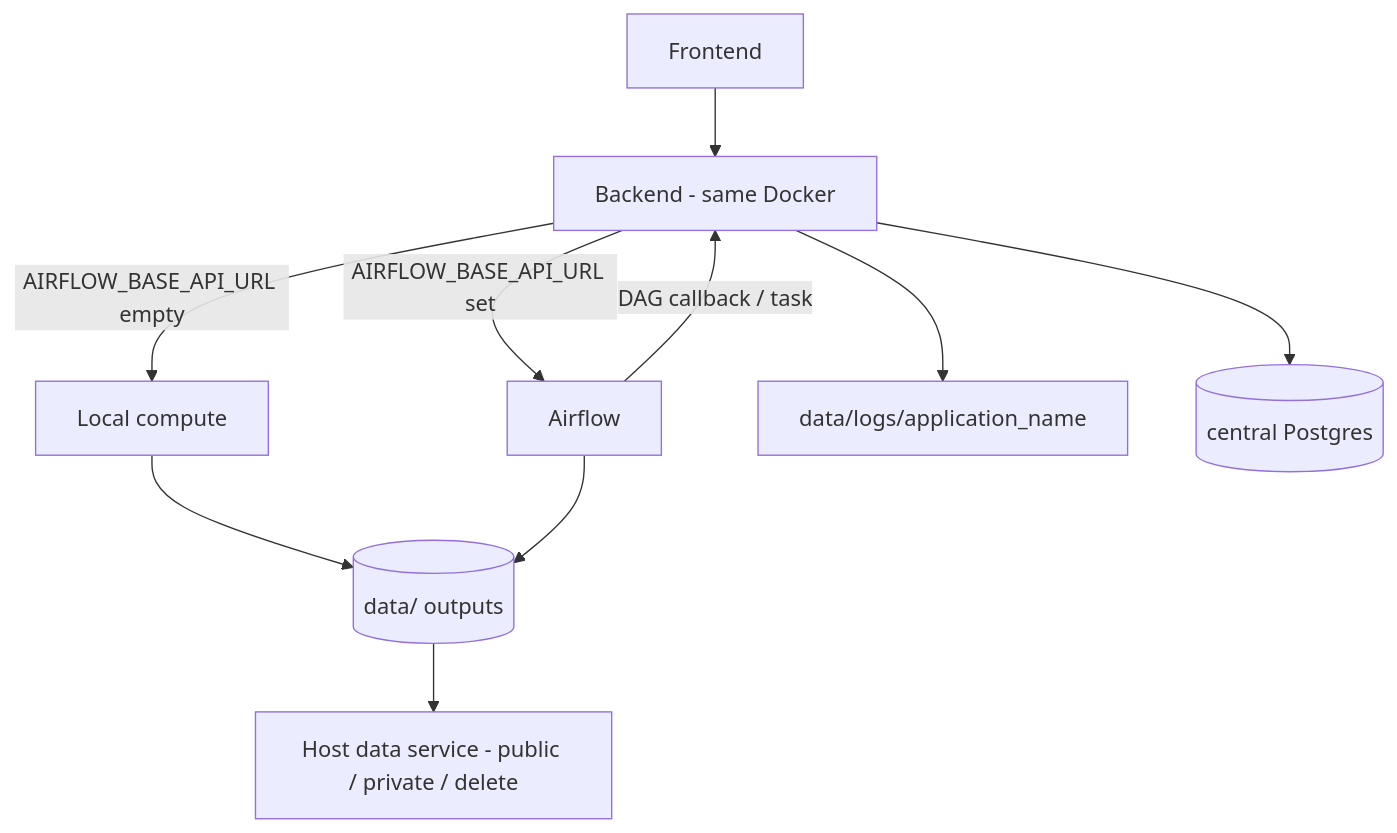
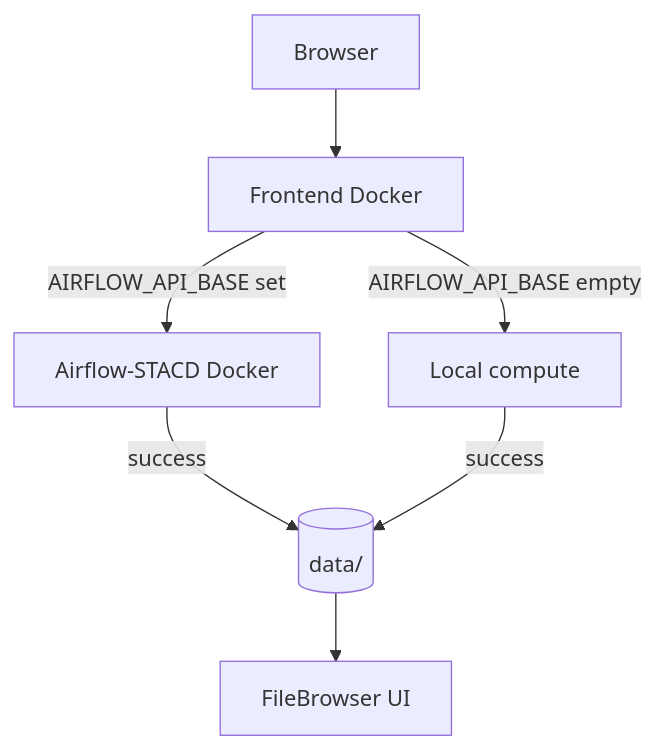
One commit to core-stack-org/core-stack-docs changed the diagram in docs/server/cluster-service-checklist.md. Above: the diagram before and after it, drawn with Mermaid. The commit also changed other lines of this file and 6 other files, not shown here.

Commit message:
Add an Infra tab with Tower Services architecture and align cluster docs.

````diff
--- a/docs/server/cluster-service-checklist.md
+++ b/docs/server/cluster-service-checklist.md
@@ -161,12 +160,9 @@
 ```mermaid
 flowchart TD
-  UI[Frontend] --> API[Backend - same Docker]
-  API -->|AIRFLOW_BASE_API_URL empty| Local[Local compute]
-  API -->|AIRFLOW_BASE_API_URL set| AF[Airflow]
-  AF -->|DAG callback / task| API
-  Local --> Data[(data/ outputs)]
-  AF --> Data
-  API --> Logs[data/logs/application_name]
-  API --> PG[(central Postgres)]
-  Data --> HostDS[Host data service - public / private / delete]
+  Browser[Browser] --> FE[Frontend Docker]
+  FE -->|AIRFLOW_API_BASE set| AF[Airflow-STACD Docker]
+  FE -->|AIRFLOW_API_BASE empty| Local[Local compute]
+  AF -->|success| Data[(data/)]
+  Local -->|success| Data
+  Data --> FB[FileBrowser UI]
 ```
````
